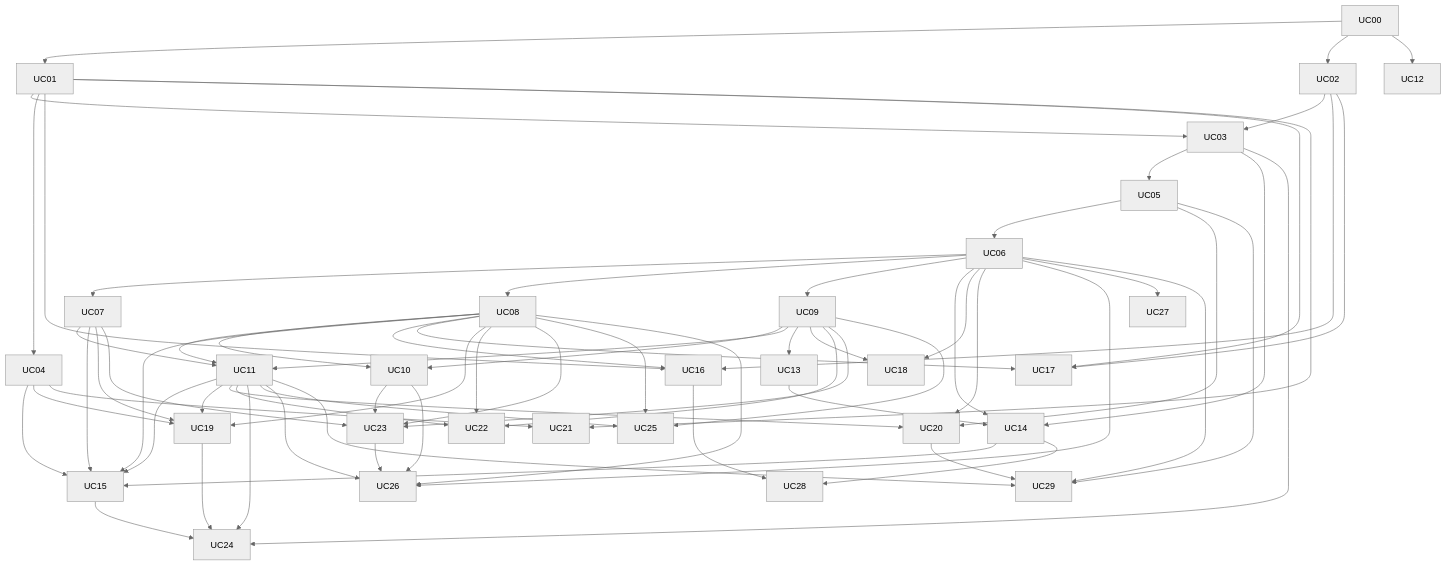
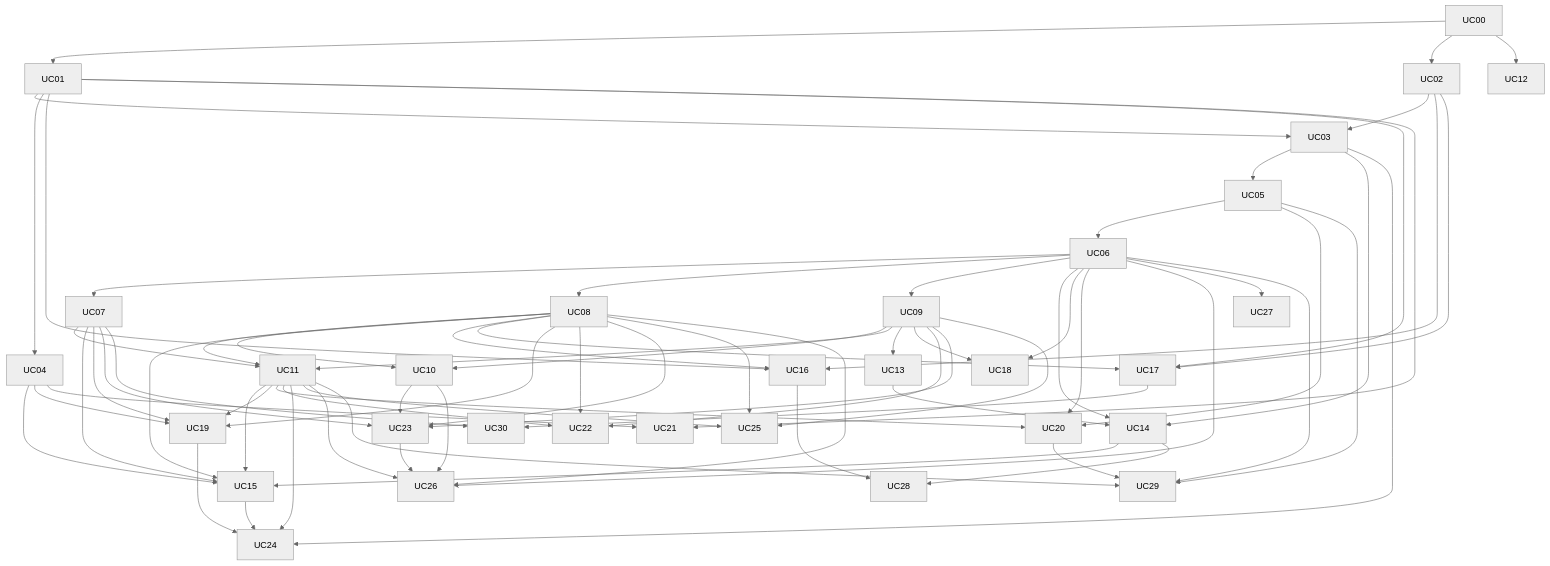
Before and after one commit to jsoladur/monthly-expenses: the diagram in docs/usecases/UC-INDEX.md, drawn with Mermaid (neutral theme). The commit also changed other lines of this file and 17 other files, not shown here.

````diff
--- a/docs/usecases/UC-INDEX.md
+++ b/docs/usecases/UC-INDEX.md
@@ -57,28 +58,29 @@
 ```mermaid
 flowchart TD
     UC00 --> UC01 --> UC03 --> UC05 --> UC06
     UC00 --> UC02 --> UC03
     UC01 --> UC04
     UC06 --> UC07 & UC08 & UC09
     UC08 & UC09 --> UC10
     UC07 & UC08 & UC09 --> UC11
     UC09 --> UC13
     UC03 & UC06 --> UC14
     UC13 --> UC14
     UC00 --> UC12
     UC04 & UC07 & UC08 & UC11 & UC14 --> UC15
     UC01 & UC02 & UC08 --> UC16
     UC01 & UC02 & UC08 --> UC17
     UC06 & UC09 --> UC18
     UC04 & UC07 & UC08 & UC11 --> UC19
     UC05 & UC06 & UC11 --> UC20
     UC01 & UC04 --> UC21
     UC08 & UC09 & UC11 --> UC22
     UC07 & UC08 & UC09 & UC10 --> UC23
     UC03 & UC11 & UC15 & UC19 --> UC24
     UC08 & UC09 & UC11 --> UC25
     UC06 & UC08 & UC10 & UC11 & UC23 --> UC26
     UC06 --> UC27
     UC14 & UC16 --> UC28
     UC05 & UC06 & UC11 & UC20 --> UC29
+    UC07 & UC17 --> UC30
 ```
````
